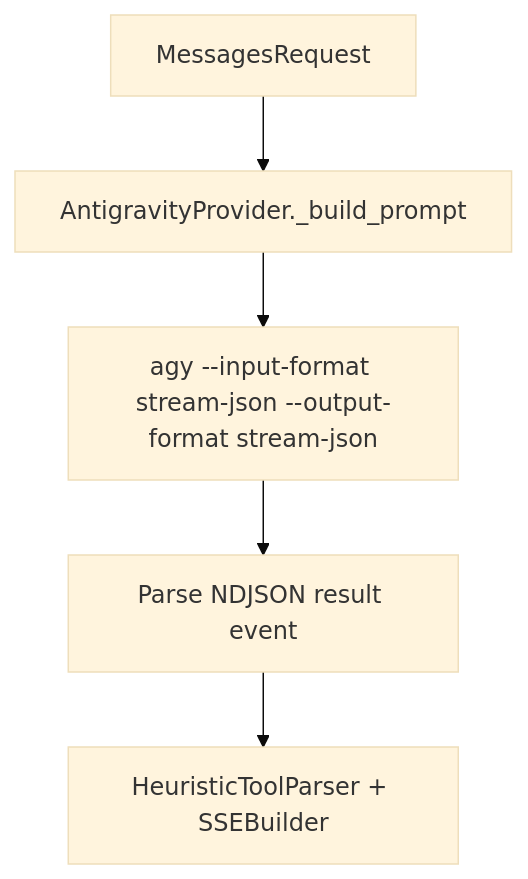
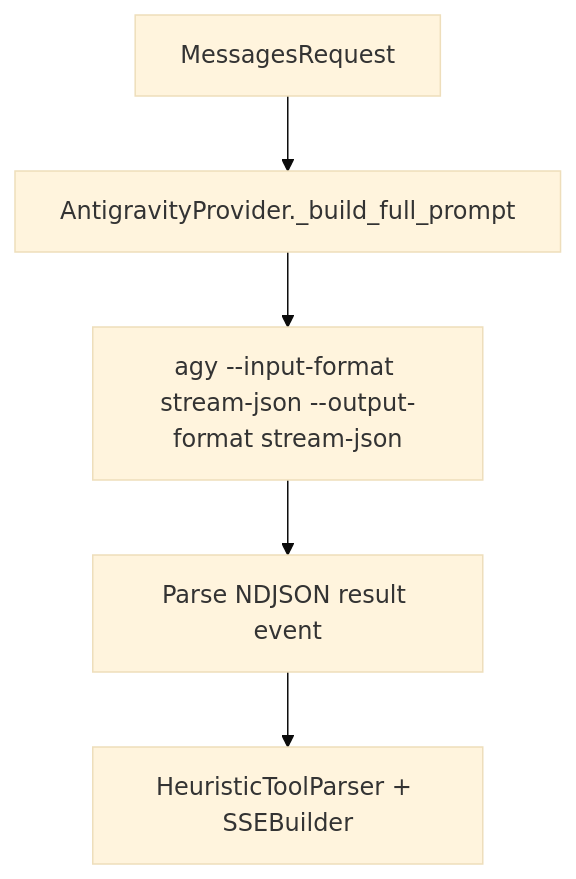
One commit to repoachhq/repoach changed the diagram in docs/specs/2026-11-09_SP-PROVIDER-ANTIGRAVITY-CLI_agy-subprocess-provider.md. Above: the diagram before and after it, drawn with Mermaid (base theme). The commit also changed other lines of this file and 8 other files, not shown here.

````diff
--- a/docs/specs/2026-11-09_SP-PROVIDER-ANTIGRAVITY-CLI_agy-subprocess-provider.md
+++ b/docs/specs/2026-11-09_SP-PROVIDER-ANTIGRAVITY-CLI_agy-subprocess-provider.md
@@ -116,7 +117,7 @@
 ```mermaid
 flowchart TD
-    A[MessagesRequest] --> B[AntigravityProvider._build_prompt]
+    A[MessagesRequest] --> B[AntigravityProvider._build_full_prompt]
     B --> C["agy --input-format stream-json --output-format stream-json"]
     C --> D[Parse NDJSON result event]
     D --> E[HeuristicToolParser + SSEBuilder]
 ```
````
